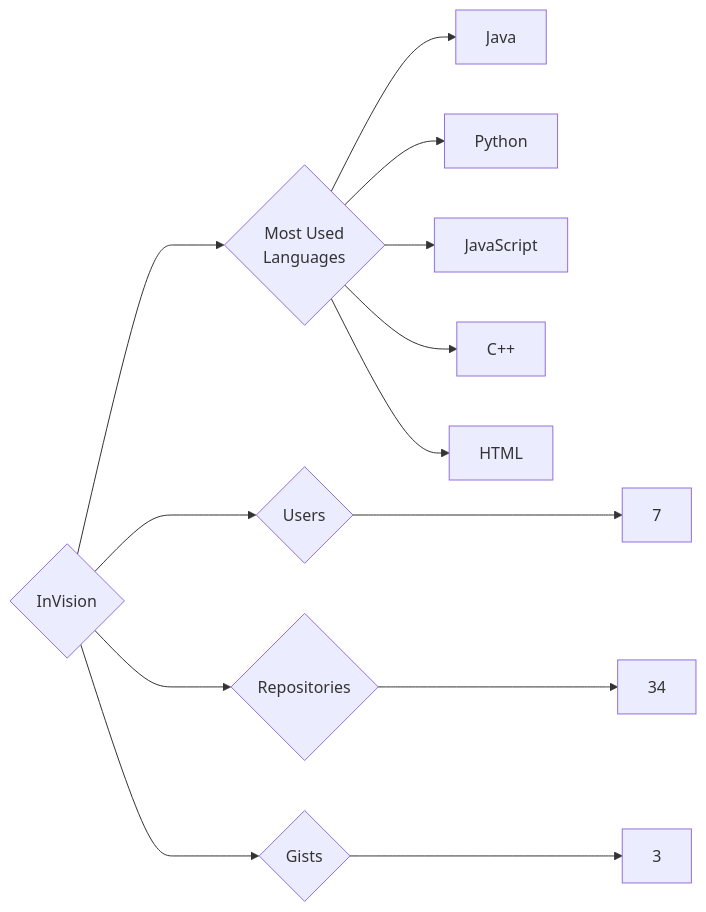
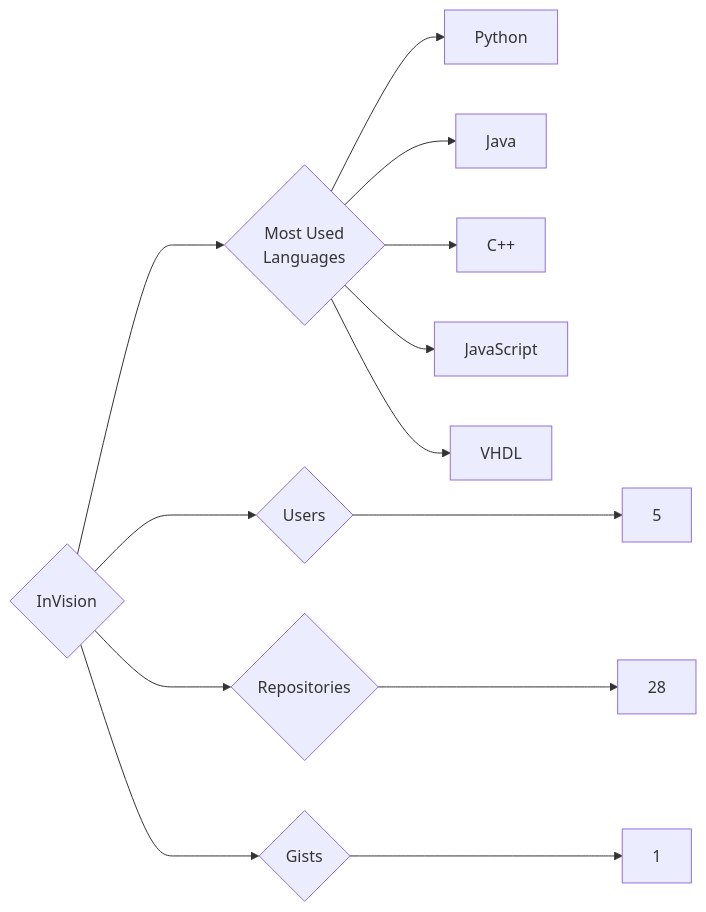
One commit to trickest/insiders changed the diagram in targets/InVision/README.md. Above: the diagram before and after it, drawn with Mermaid. The commit also changed 865 other files, not shown here.

````diff
--- a/targets/InVision/README.md
+++ b/targets/InVision/README.md
@@ -3,13 +3,13 @@
 ```mermaid
 graph LR
 COMPANY_NAME{InVision}
-COMPANY_NAME ---> U{Users} ---> UN[7]
-COMPANY_NAME ---> R{Repositories} ---> RN[34]
-COMPANY_NAME ---> G{Gists} ---> GN[3]
+COMPANY_NAME ---> U{Users} ---> UN[5]
+COMPANY_NAME ---> R{Repositories} ---> RN[28]
+COMPANY_NAME ---> G{Gists} ---> GN[1]
 COMPANY_NAME ---> ML{Most Used<br>Languages}
+ML --> Python[Python]
 ML --> Java[Java]
-ML --> Python[Python]
+ML --> C++[C++]
 ML --> JavaScript[JavaScript]
-ML --> C++[C++]
-ML --> HTML[HTML]
+ML --> VHDL[VHDL]
 ```
````
